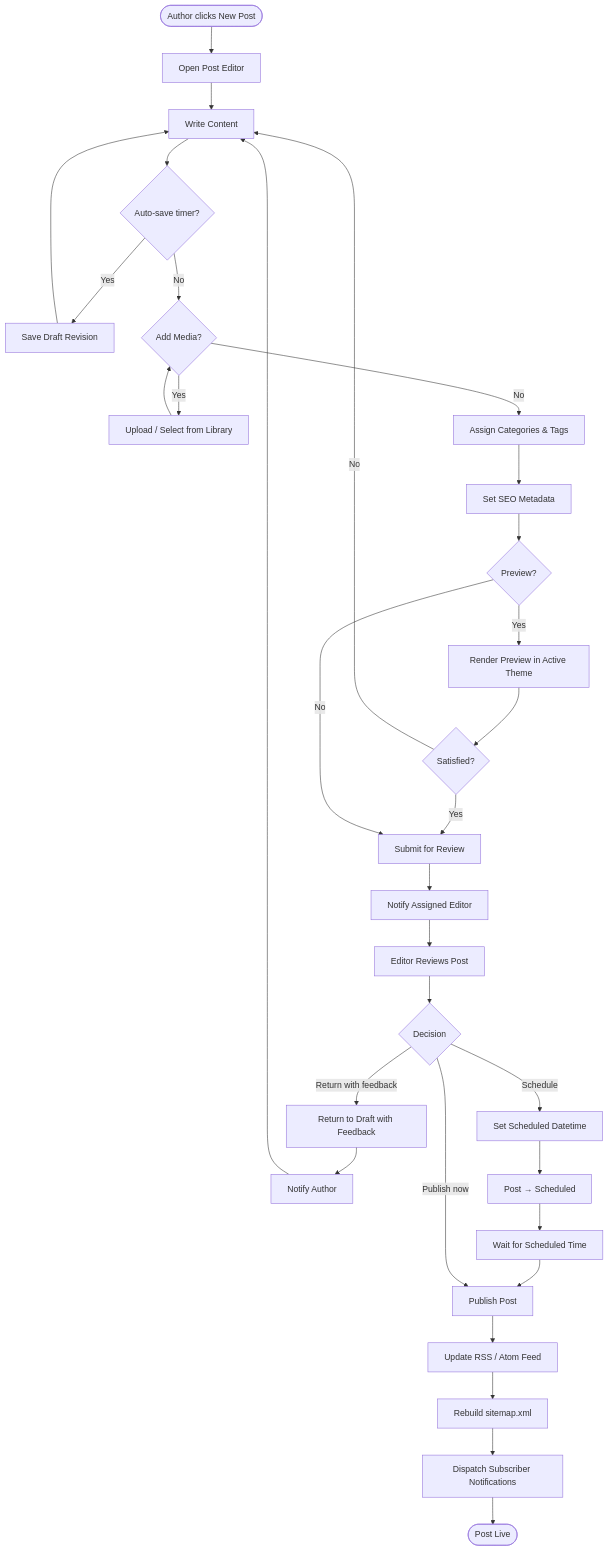
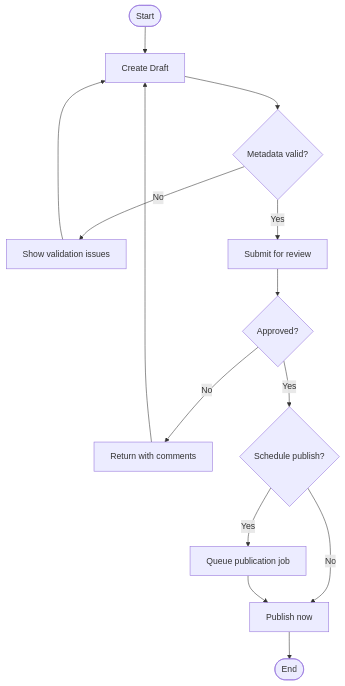
The diagram in Content Management System/analysis/activity-diagrams.md (0Ankit0/Project-Ideas), drawn with Mermaid before and after one commit. The commit also changed other lines of this file and 35 other files, not shown here.

Commit message:
Deepen CMS docs with mermaid diagrams and implementation detail

````diff
--- a/Content Management System/analysis/activity-diagrams.md
+++ b/Content Management System/analysis/activity-diagrams.md
@@ -10,34 +7,16 @@
 ```mermaid
 flowchart TD
-    Start([Author clicks New Post]) --> OpenEditor[Open Post Editor]
-    OpenEditor --> WriteContent[Write Content]
-    WriteContent --> AutoSave{Auto-save timer?}
-    AutoSave -->|Yes| SaveRevision[Save Draft Revision]
-    SaveRevision --> WriteContent
-    AutoSave -->|No| AddMedia{Add Media?}
-    AddMedia -->|Yes| UploadMedia[Upload / Select from Library]
-    UploadMedia --> AddMedia
-    AddMedia -->|No| AssignTaxonomy[Assign Categories & Tags]
-    AssignTaxonomy --> SetSEO[Set SEO Metadata]
-    SetSEO --> Preview{Preview?}
-    Preview -->|Yes| RenderPreview[Render Preview in Active Theme]
-    RenderPreview --> ReviewPreview{Satisfied?}
-    ReviewPreview -->|No| WriteContent
-    ReviewPreview -->|Yes| Submit[Submit for Review]
-    Preview -->|No| Submit
-    Submit --> NotifyEditor[Notify Assigned Editor]
-    NotifyEditor --> EditorReviews[Editor Reviews Post]
-    EditorReviews --> Decision{Decision}
-    Decision -->|Return with feedback| ReturnDraft[Return to Draft with Feedback]
-    ReturnDraft --> NotifyAuthor[Notify Author]
-    NotifyAuthor --> WriteContent
-    Decision -->|Schedule| SetDatetime[Set Scheduled Datetime]
-    SetDatetime --> ScheduledState[Post → Scheduled]
-    ScheduledState --> WaitForTime[Wait for Scheduled Time]
-    WaitForTime --> PublishPost
-    Decision -->|Publish now| PublishPost[Publish Post]
-    PublishPost --> UpdateFeed[Update RSS / Atom Feed]
-    UpdateFeed --> UpdateSitemap[Rebuild sitemap.xml]
-    UpdateSitemap --> NotifySubscribers[Dispatch Subscriber Notifications]
-    NotifySubscribers --> End([Post Live])
+    Start([Start]) --> Draft[Create Draft]
+    Draft --> Validate{Metadata valid?}
+    Validate -->|No| Fix[Show validation issues]
+    Fix --> Draft
+    Validate -->|Yes| Submit[Submit for review]
+    Submit --> Decision{Approved?}
+    Decision -->|No| Rework[Return with comments]
+    Rework --> Draft
+    Decision -->|Yes| Schedule{Schedule publish?}
+    Schedule -->|Yes| Queue[Queue publication job]
+    Schedule -->|No| Publish[Publish now]
+    Queue --> Publish
+    Publish --> End([End])
 ```
````
